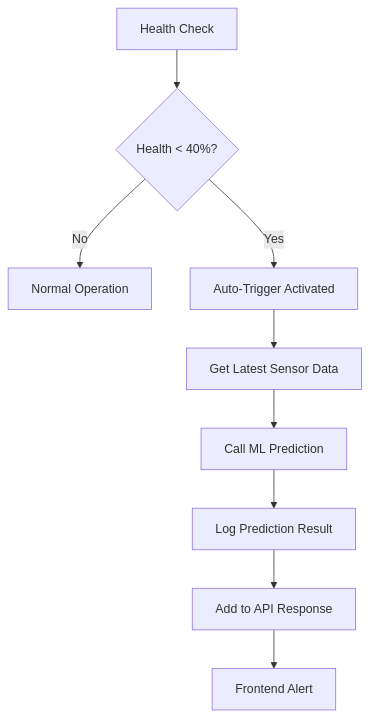
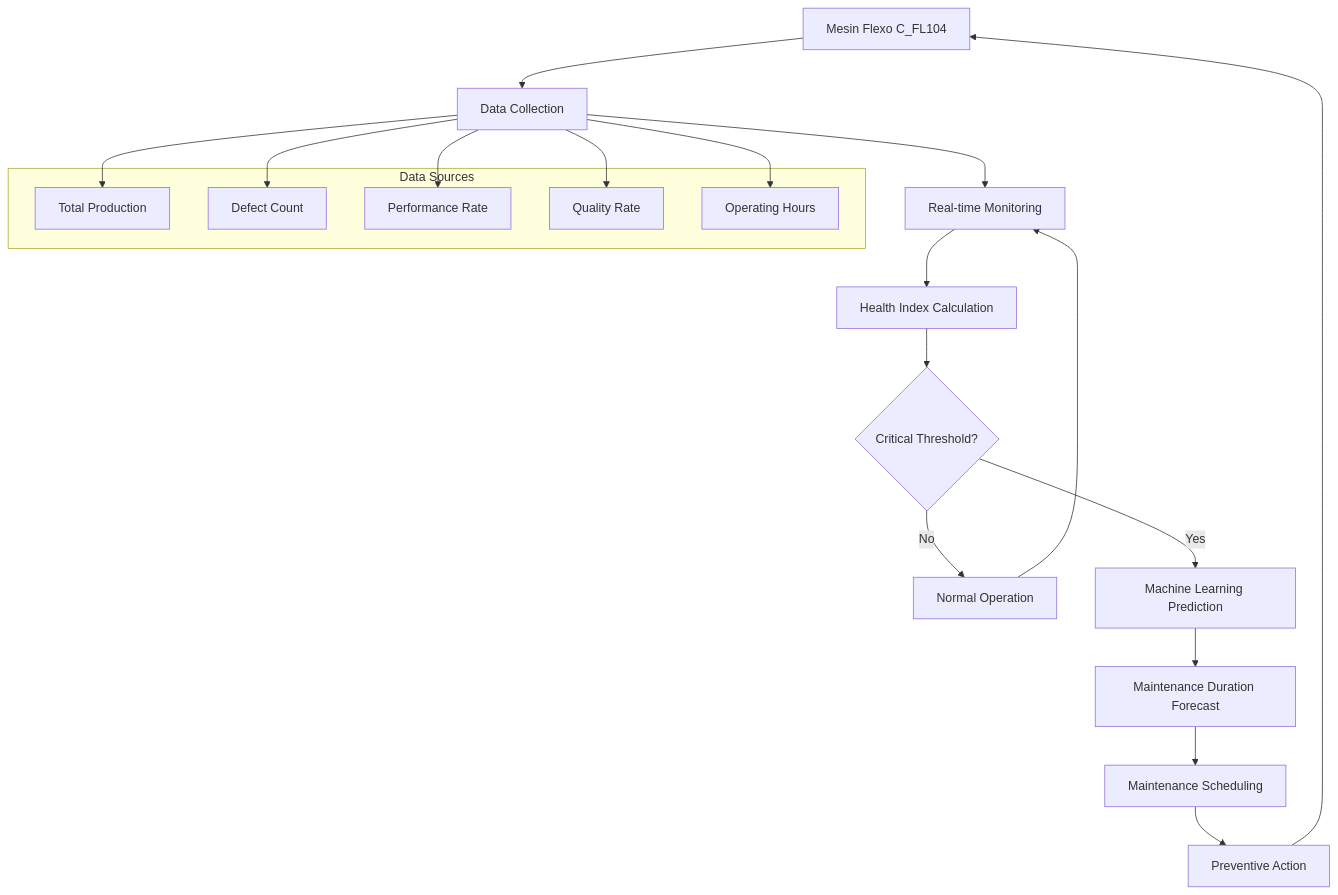
Before and after one commit to yawwnann/Sensor-Model-Prediction-Flexo-104: the third of 4 diagrams in DOKUMENTASI.md, drawn with Mermaid. The commit also changed other lines of this file, not shown here.

Commit message:
docs: Update documentation for Flexo Digital Twin system, enhancing flow diagrams and explanations for data collection, monitoring, and maintenance prediction processes

````diff
--- a/DOKUMENTASI.md
+++ b/DOKUMENTASI.md
@@ -171,11 +190,28 @@
 ```mermaid
 graph TD
-    A[Health Check] --> B{Health < 40%?}
-    B -->|No| C[Normal Operation]
-    B -->|Yes| D[Auto-Trigger Activated]
-    D --> E[Get Latest Sensor Data]
-    E --> F[Call ML Prediction]
-    F --> G[Log Prediction Result]
-    G --> H[Add to API Response]
-    H --> I[Frontend Alert]
+    A[Mesin Flexo C_FL104] --> B[Data Collection]
+    B --> C[Real-time Monitoring]
+    C --> D[Health Index Calculation]
+    D --> E{Critical Threshold?}
+    E -->|No| F[Normal Operation]
+    E -->|Yes| G[Machine Learning Prediction]
+    G --> H[Maintenance Duration Forecast]
+    H --> I[Maintenance Scheduling]
+    I --> J[Preventive Action]
+    F --> C
+    J --> A
+
+    subgraph "Data Sources"
+        K[Total Production]
+        L[Defect Count]
+        M[Performance Rate]
+        N[Quality Rate]
+        O[Operating Hours]
+    end
+
+    B --> K
+    B --> L
+    B --> M
+    B --> N
+    B --> O
 ```
````
